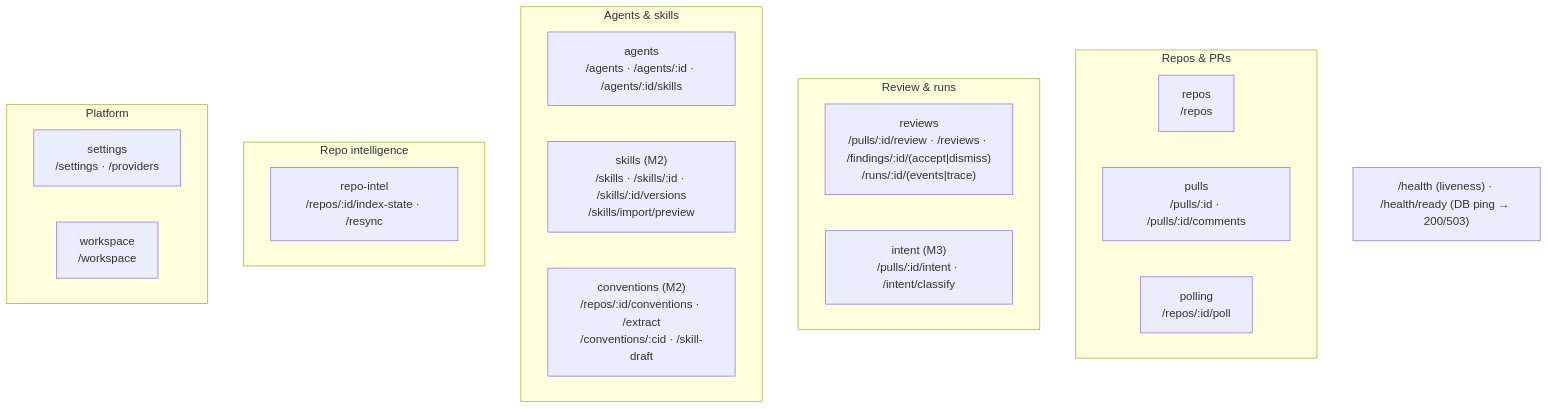
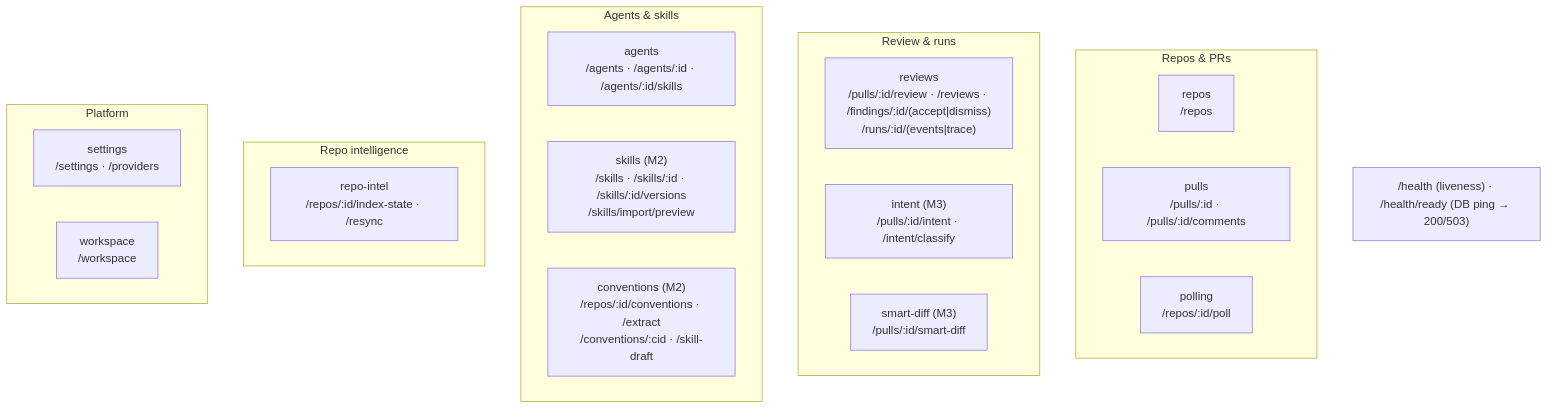
One commit to EduardPershyn/dev-digest changed the second of 2 diagrams in server/README.md. Above: the diagram before and after it, drawn with Mermaid. The commit also changed other lines of this file and 10 other files, not shown here.

First line of the commit message:
feat(server): smart-diff module with role classifier and GET /pulls/:id/smart-diff

````diff
--- a/server/README.md
+++ b/server/README.md
@@ -64,25 +64,26 @@
 ```mermaid
 flowchart TB
   subgraph Repos_PRs["Repos & PRs"]
     repos["repos<br/>/repos"]
     pulls["pulls<br/>/pulls/:id · /pulls/:id/comments"]
     polling["polling<br/>/repos/:id/poll"]
   end
   subgraph Review["Review & runs"]
     reviews["reviews<br/>/pulls/:id/review · /reviews · /findings/:id/(accept|dismiss)<br/>/runs/:id/(events|trace)"]
     intent["intent (M3)<br/>/pulls/:id/intent · /intent/classify"]
+    smartDiff["smart-diff (M3)<br/>/pulls/:id/smart-diff"]
   end
   subgraph Agents["Agents & skills"]
     agents["agents<br/>/agents · /agents/:id · /agents/:id/skills"]
     skills["skills (M2)<br/>/skills · /skills/:id · /skills/:id/versions<br/>/skills/import/preview"]
     conventions["conventions (M2)<br/>/repos/:id/conventions · /extract<br/>/conventions/:cid · /skill-draft"]
   end
   subgraph Intel["Repo intelligence"]
     repoIntel["repo-intel<br/>/repos/:id/index-state · /resync"]
   end
   subgraph Platform["Platform"]
     settings["settings<br/>/settings · /providers"]
     workspace["workspace<br/>/workspace"]
   end
   HEALTH["/health (liveness) · /health/ready (DB ping → 200/503)"]
 ```
````
